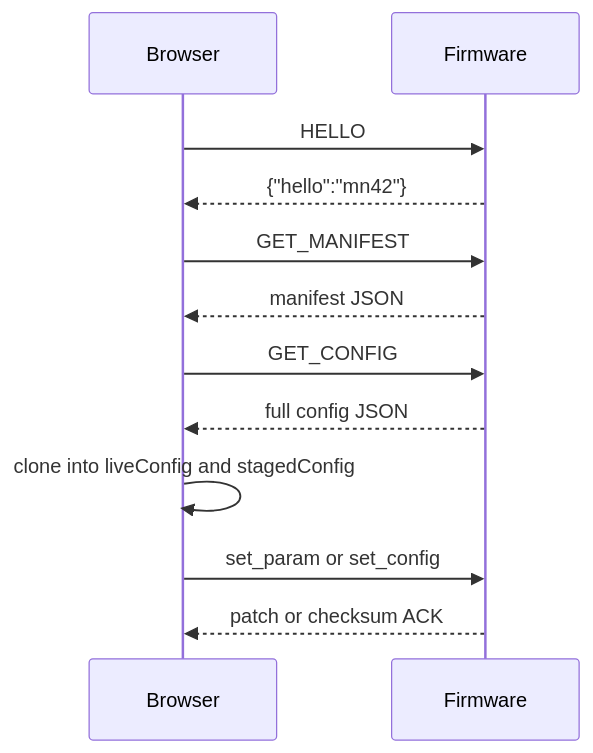
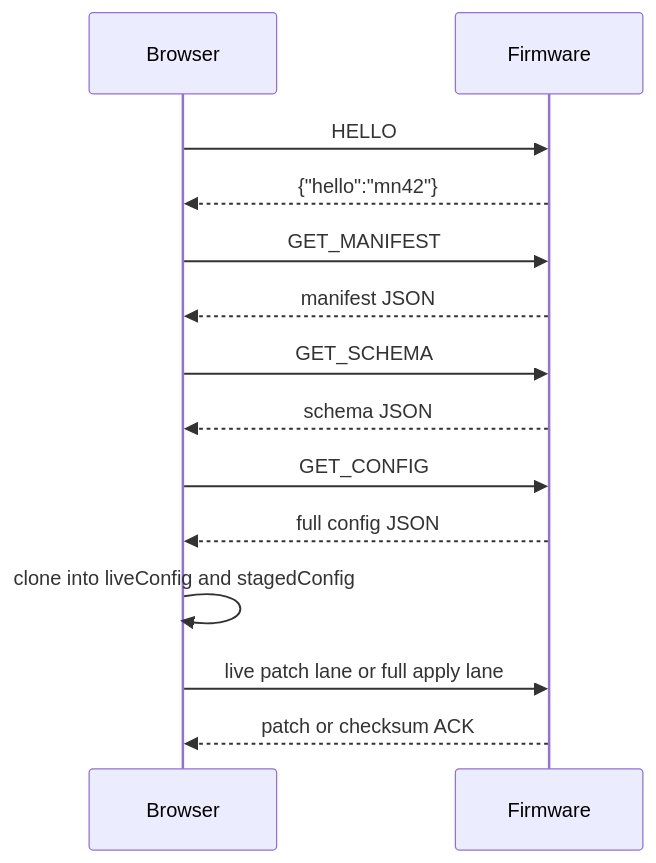
One commit to bseverns/MOARkNOBS-42 changed the diagram in docs/guides/ProtocolWalkthrough.md. Above: the diagram before and after it, drawn with Mermaid. The commit also changed other lines of this file and 19 other files, not shown here.

````diff
--- a/docs/guides/ProtocolWalkthrough.md
+++ b/docs/guides/ProtocolWalkthrough.md
@@ -9,14 +11,16 @@
 ```mermaid
 sequenceDiagram
   participant Browser
   participant Firmware
   Browser->>Firmware: HELLO
   Firmware-->>Browser: {"hello":"mn42"}
   Browser->>Firmware: GET_MANIFEST
   Firmware-->>Browser: manifest JSON
+  Browser->>Firmware: GET_SCHEMA
+  Firmware-->>Browser: schema JSON
   Browser->>Firmware: GET_CONFIG
   Firmware-->>Browser: full config JSON
   Browser->>Browser: clone into liveConfig and stagedConfig
-  Browser->>Firmware: set_param or set_config
+  Browser->>Firmware: live patch lane or full apply lane
   Firmware-->>Browser: patch or checksum ACK
 ```
````
